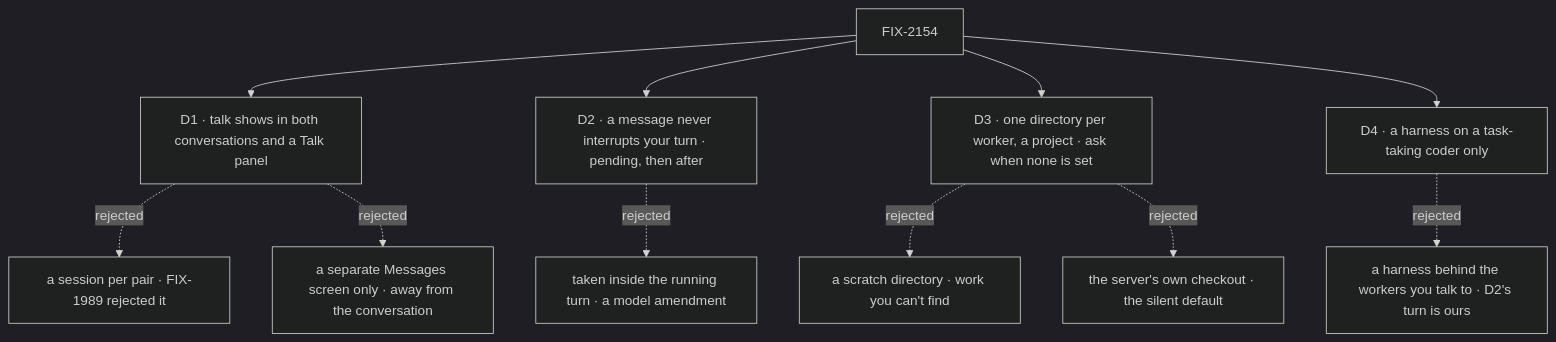
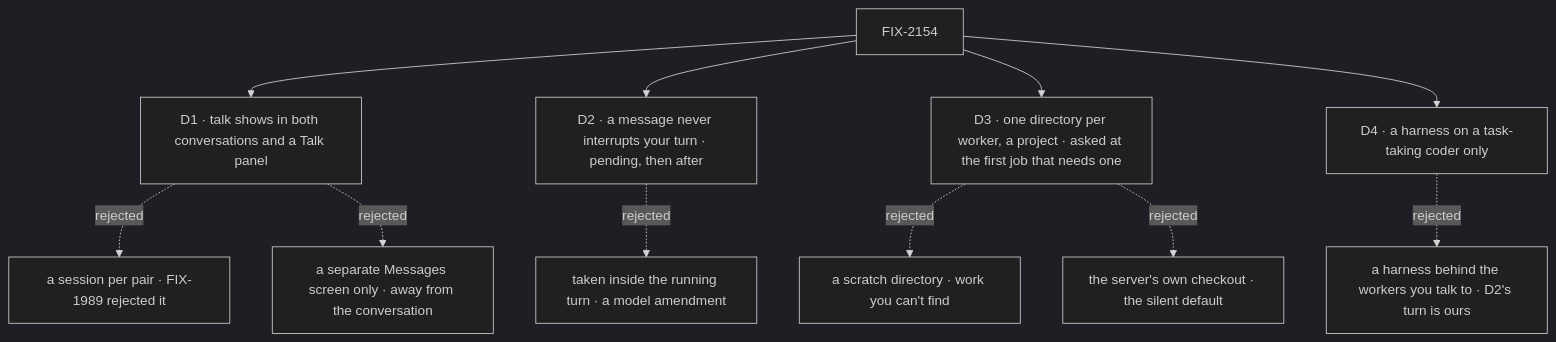
One commit to fixpoint-labs/flow-state-dev changed the diagram in specs/issues/FIX-2154/DECISIONS.md. Above: the diagram before and after it, drawn with Mermaid (dark theme). The commit also changed other lines of this file and 3 other files, not shown here.

First line of the commit message:
FIX-2154: ask for a worker's project at the first job that needs one

````diff
--- a/specs/issues/FIX-2154/DECISIONS.md
+++ b/specs/issues/FIX-2154/DECISIONS.md
@@ -13,13 +13,13 @@
 ```mermaid
 flowchart TD
   I["FIX-2154"] --> D1["D1 · talk shows in both conversations and a Talk panel"]
   D1 -.->|"rejected"| X1["a session per pair · FIX-1989 rejected it"]
   D1 -.->|"rejected"| X2["a separate Messages screen only · away from the conversation"]
   I --> D2["D2 · a message never interrupts your turn · pending, then after"]
   D2 -.->|"rejected"| X3["taken inside the running turn · a model amendment"]
-  I --> D3["D3 · one directory per worker, a project · ask when none is set"]
+  I --> D3["D3 · one directory per worker, a project · asked at the first job that needs one"]
   D3 -.->|"rejected"| X4["a scratch directory · work you can't find"]
   D3 -.->|"rejected"| X5["the server's own checkout · the silent default"]
   I --> D4["D4 · a harness on a task-taking coder only"]
   D4 -.->|"rejected"| X6["a harness behind the workers you talk to · D2's turn is ours"]
 ```
````
